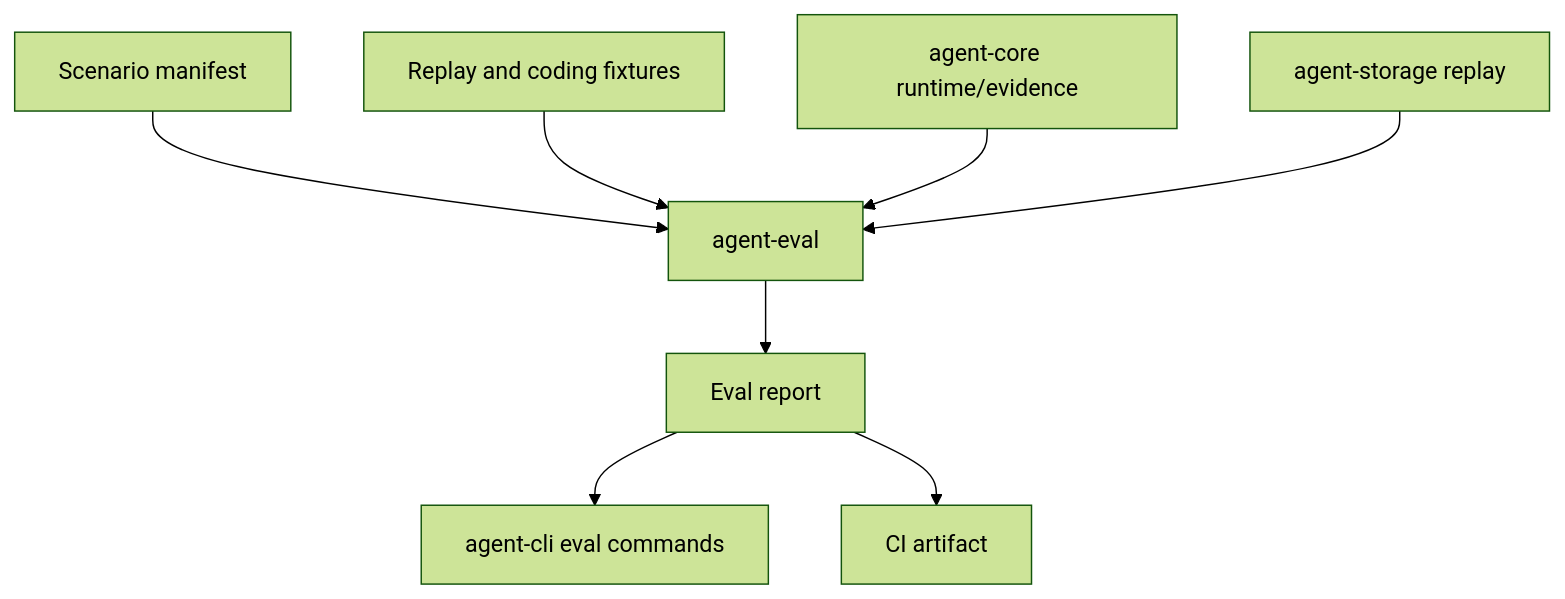
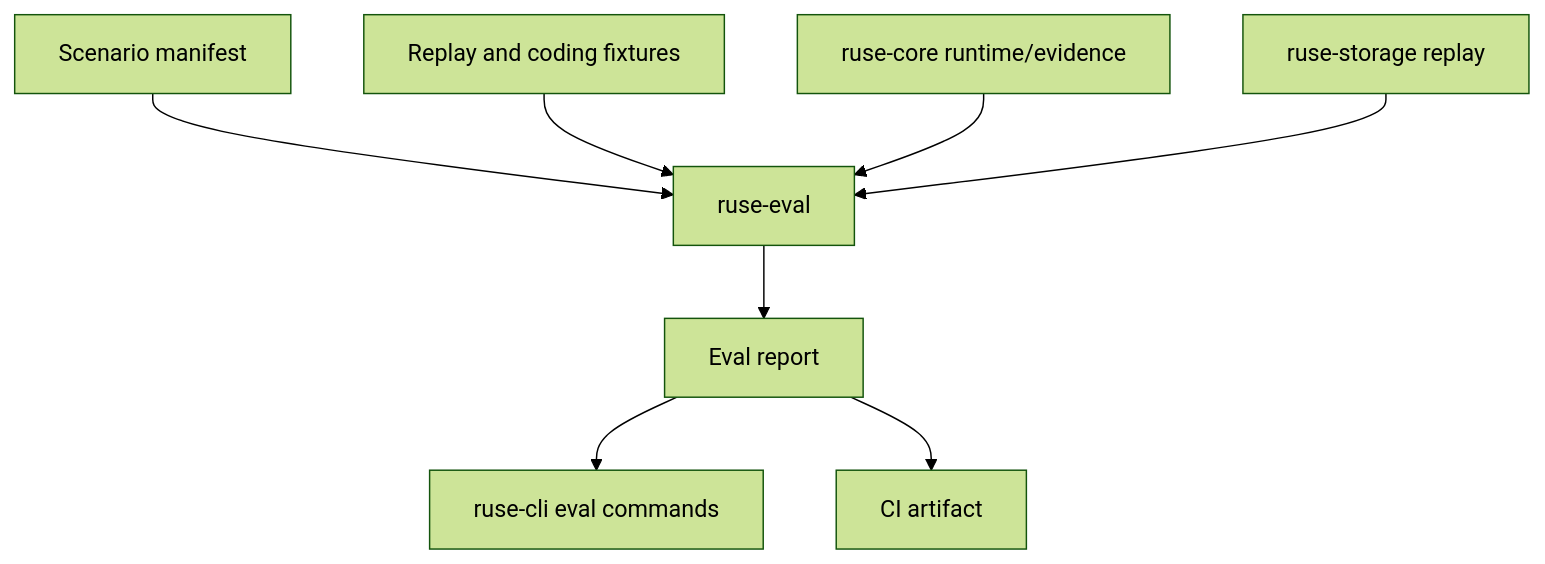
One commit to poneding/agent changed the diagram in docs/specs/M27-runtime-evaluation-harness.spec.md. Above: the diagram before and after it, drawn with Mermaid (forest theme). The commit also changed other lines of this file and 2091 other files, not shown here.

First line of the commit message:
refactor: rename agent branding to ruse

````diff
--- a/docs/specs/M27-runtime-evaluation-harness.spec.md
+++ b/docs/specs/M27-runtime-evaluation-harness.spec.md
@@ -30,10 +30,10 @@
 ```mermaid
 flowchart TD
-  Manifest["Scenario manifest"] --> Eval["agent-eval"]
+  Manifest["Scenario manifest"] --> Eval["ruse-eval"]
   Fixtures["Replay and coding fixtures"] --> Eval
-  Core["agent-core runtime/evidence"] --> Eval
-  Storage["agent-storage replay"] --> Eval
+  Core["ruse-core runtime/evidence"] --> Eval
+  Storage["ruse-storage replay"] --> Eval
   Eval --> Report["Eval report"]
-  Report --> CLI["agent-cli eval commands"]
+  Report --> CLI["ruse-cli eval commands"]
   Report --> CI["CI artifact"]
 ```
````
